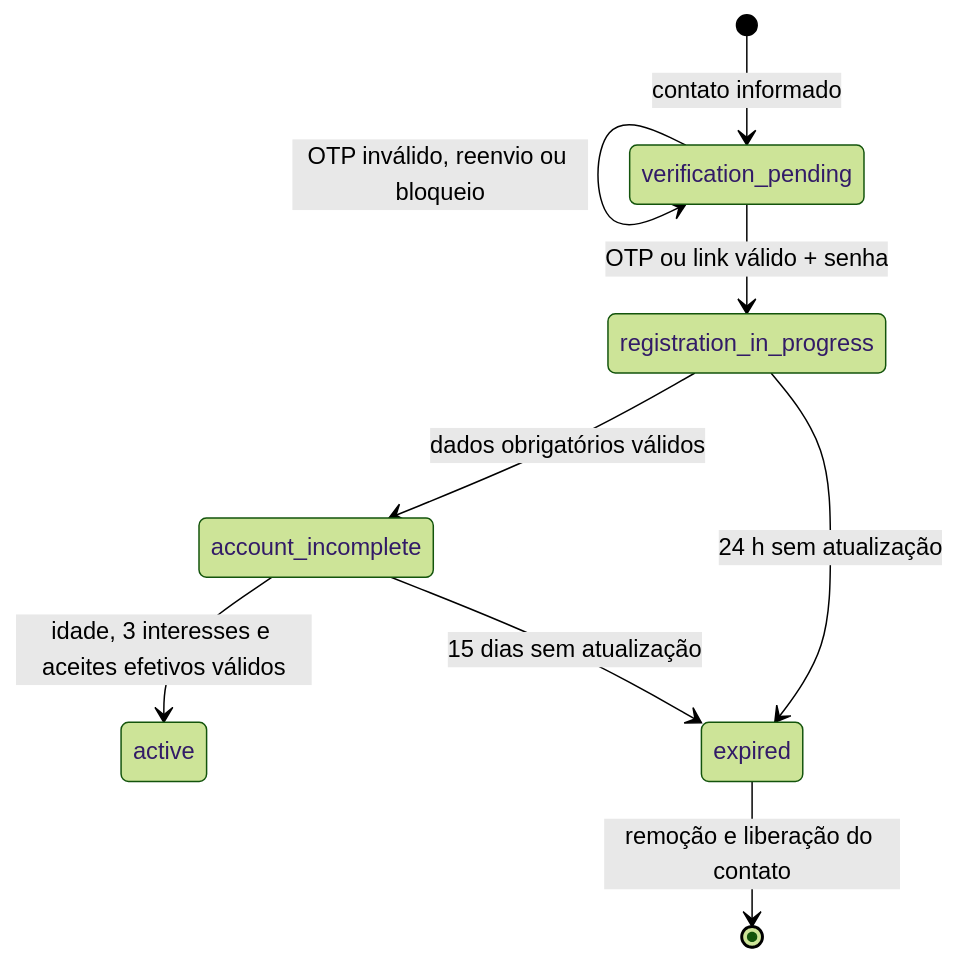
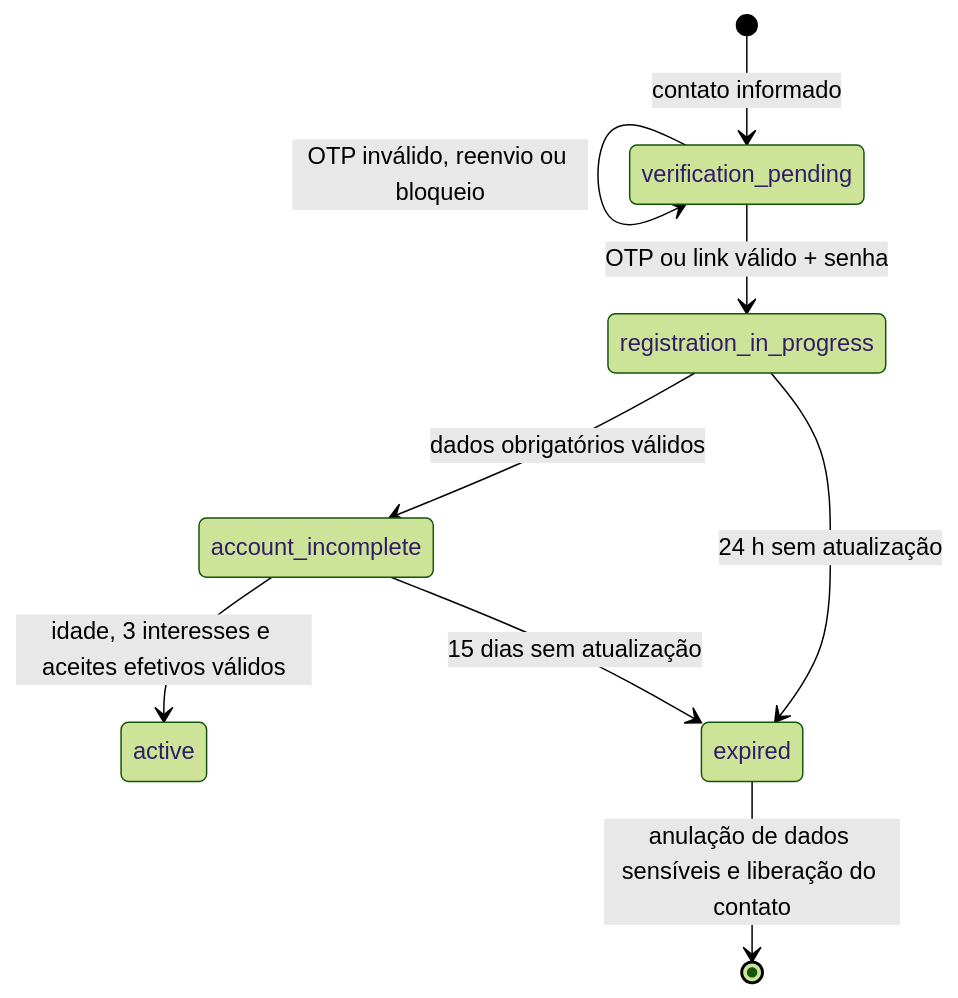
Before and after one commit to VitorMendonca62/event-match: the first of 2 diagrams in docs/03-modelos-de-dominio.md, drawn with Mermaid (forest theme). The commit also changed other lines of this file and 89 other files, not shown here.

````diff
--- a/docs/03-modelos-de-dominio.md
+++ b/docs/03-modelos-de-dominio.md
@@ -44,11 +46,11 @@
 ```mermaid
 stateDiagram-v2
   [*] --> verification_pending: contato informado
   verification_pending --> verification_pending: OTP inválido, reenvio ou bloqueio
   verification_pending --> registration_in_progress: OTP ou link válido + senha
   registration_in_progress --> account_incomplete: dados obrigatórios válidos
   account_incomplete --> active: idade, 3 interesses e aceites efetivos válidos
   registration_in_progress --> expired: 24 h sem atualização
   account_incomplete --> expired: 15 dias sem atualização
-  expired --> [*]: remoção e liberação do contato
+  expired --> [*]: anulação de dados sensíveis e liberação do contato
 ```
````
